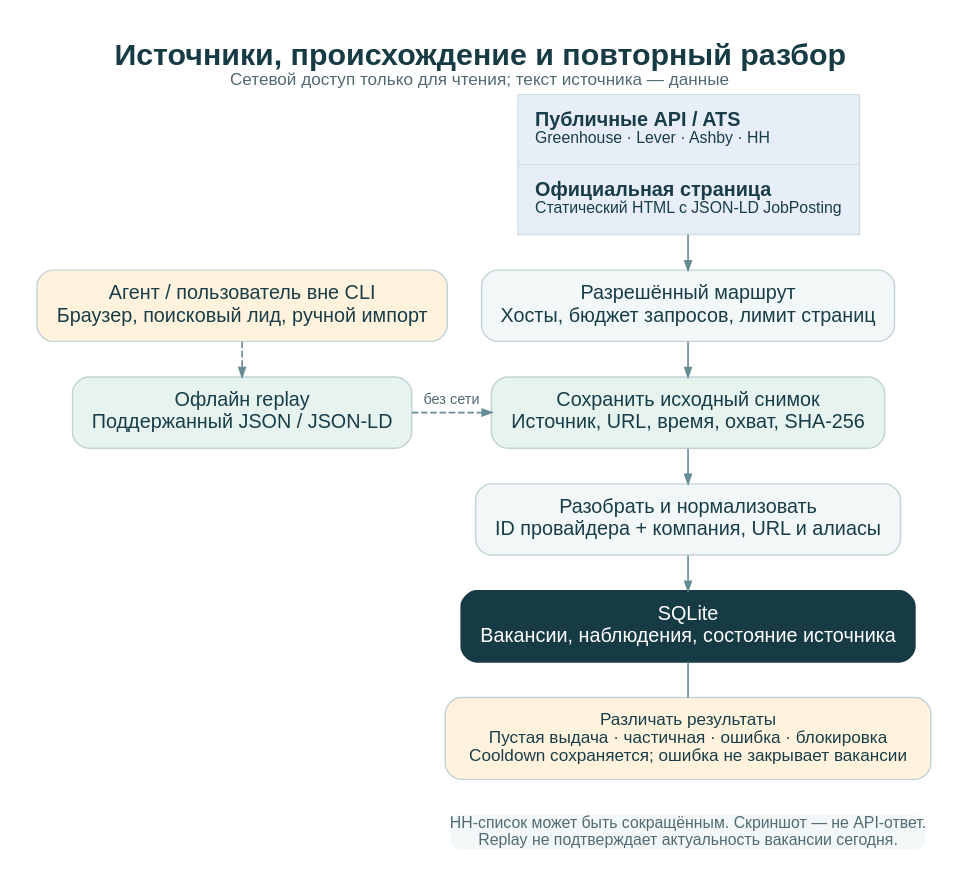
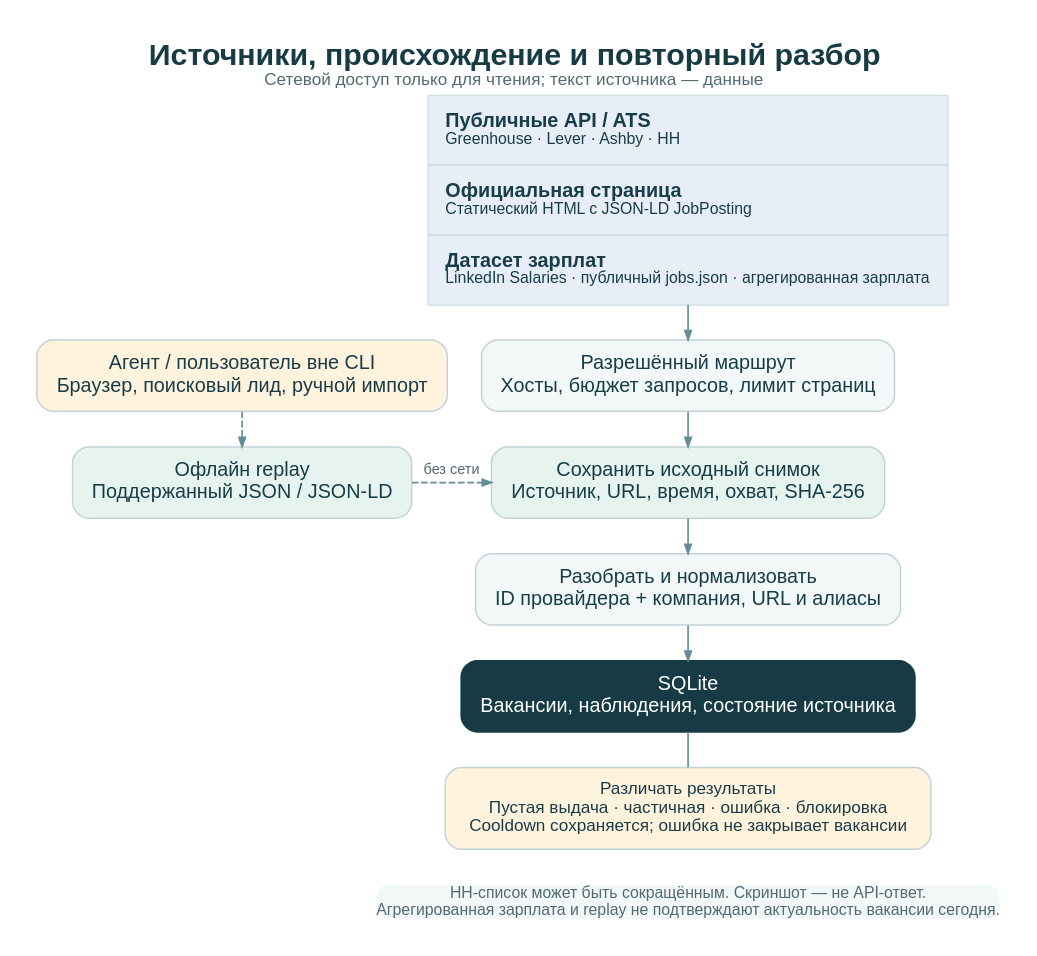
Before and after one commit to eiler2005/career-copilot: the diagram in docs/assets/sources.ru.dot, drawn with Graphviz. The commit also changed 13 other files, not shown here.

Commit message:
Add LinkedIn Salaries source adapter

```diff
--- a/docs/assets/sources.ru.dot
+++ b/docs/assets/sources.ru.dot
@@ -1,27 +1,28 @@
 digraph sources {
   graph [rankdir=TB, bgcolor="#FFFFFF", pad=0.28, nodesep=0.25, ranksep=0.36,
     fontname="Arial", fontsize=23, fontcolor="#173B45", labelloc=t,
     label=<<B>Источники, происхождение и повторный разбор</B><BR/><FONT POINT-SIZE="13" COLOR="#526A72">Сетевой доступ только для чтения; текст источника — данные</FONT>>];
   node [shape=box, style="rounded,filled", fillcolor="#F2F7F8", color="#C2D3D8",
     fontname="Arial", fontsize=15, fontcolor="#183D48", penwidth=1.1, margin="0.20,0.14"];
   edge [color="#668C95", penwidth=1.25, arrowsize=0.7, fontname="Arial", fontsize=11, fontcolor="#526A72"];
   providers [shape=plain, label=<
     <TABLE BORDER="0" CELLBORDER="1" CELLSPACING="0" CELLPADDING="12" COLOR="#D1DEE2">
       <TR><TD BGCOLOR="#E8EEF8" ALIGN="LEFT"><B>Публичные API / ATS</B><BR ALIGN="LEFT"/><FONT POINT-SIZE="12">Greenhouse · Lever · Ashby · HH</FONT></TD></TR>
       <TR><TD BGCOLOR="#E8EEF8" ALIGN="LEFT"><B>Официальная страница</B><BR ALIGN="LEFT"/><FONT POINT-SIZE="12">Статический HTML с JSON-LD JobPosting</FONT></TD></TR>
+      <TR><TD BGCOLOR="#E8EEF8" ALIGN="LEFT"><B>Датасет зарплат</B><BR ALIGN="LEFT"/><FONT POINT-SIZE="12">LinkedIn Salaries · публичный jobs.json · агрегированная зарплата</FONT></TD></TR>
     </TABLE>>];
   access [label="Разрешённый маршрут\nХосты, бюджет запросов, лимит страниц"];
   snapshot [label="Сохранить исходный снимок\nИсточник, URL, время, охват, SHA-256", fillcolor="#E7F3EF"];
   normalize [label="Разобрать и нормализовать\nID провайдера + компания, URL и алиасы"];
   store [label="SQLite\nВакансии, наблюдения, состояние источника", fillcolor="#173B45", fontcolor="#FFFFFF", color="#173B45"];
   manual [label="Агент / пользователь вне CLI\nБраузер, поисковый лид, ручной импорт", fillcolor="#FFF3DD"];
   replay [label="Офлайн replay\nПоддержанный JSON / JSON-LD", fillcolor="#E7F3EF"];
   health [label="Различать результаты\nПустая выдача · частичная · ошибка · блокировка\nCooldown сохраняется; ошибка не закрывает вакансии", fillcolor="#FFF3DD", fontsize=13];
-  note [shape=plain, label="HH-список может быть сокращённым. Скриншот — не API-ответ.\nReplay не подтверждает актуальность вакансии сегодня.", fontsize=12, fontcolor="#526A72"];
+  note [shape=plain, label="HH-список может быть сокращённым. Скриншот — не API-ответ.\nАгрегированная зарплата и replay не подтверждают актуальность вакансии сегодня.", fontsize=12, fontcolor="#526A72"];
   providers -> access -> snapshot -> normalize -> store;
   manual -> replay [style=dashed];
   replay -> snapshot [style=dashed, label="без сети"];
   { rank=same; access; manual; }
   { rank=same; snapshot; replay; }
   store -> health [arrowhead=none]; health -> note [style=invis];
 }
```
